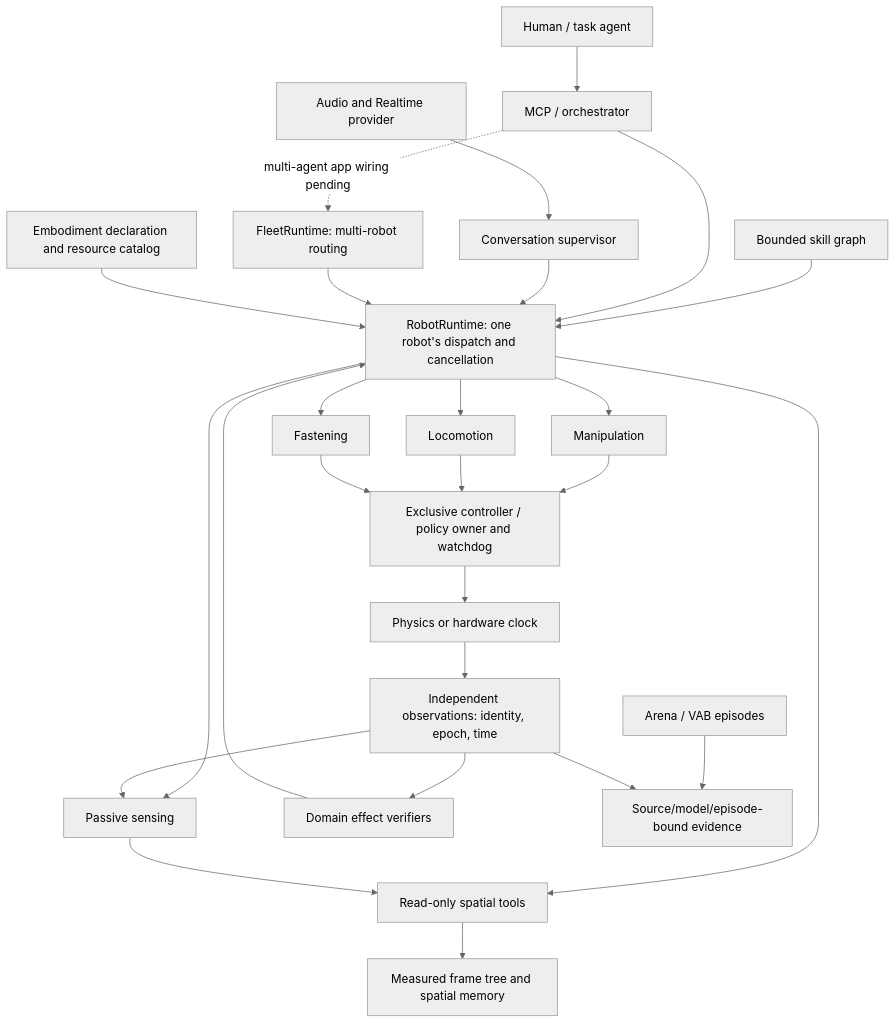
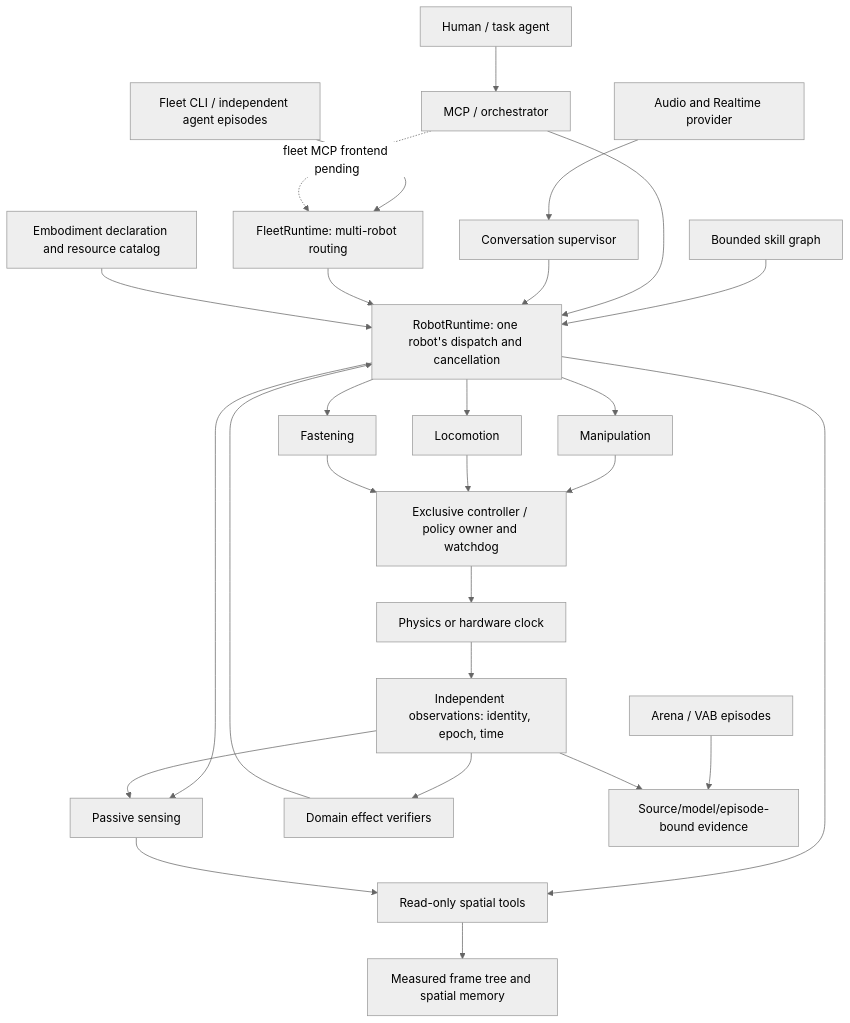
Before and after one commit to johnnynunez/cascade: the diagram in docs/ROBOT_MODULARITY.md, drawn with Mermaid (neutral theme). The commit also changed other lines of this file and 1 other file, not shown here.

Commit message:
docs: track the full remaining robot capability scope

````diff
--- a/docs/ROBOT_MODULARITY.md
+++ b/docs/ROBOT_MODULARITY.md
@@ -29,28 +29,29 @@
 ```mermaid
 flowchart TD
   Intent[Human / task agent] --> MCP[MCP / orchestrator]
   Voice[Audio and Realtime provider] --> Conversation[Conversation supervisor]
   Graph[Bounded skill graph] --> Runtime
   MCP --> Runtime[RobotRuntime: one robot's dispatch and cancellation]
   Conversation --> Runtime
-  MCP -. multi-agent app wiring pending .-> Fleet[FleetRuntime: multi-robot routing]
+  FleetCLI[Fleet CLI / independent agent episodes] --> Fleet[FleetRuntime: multi-robot routing]
+  MCP -. fleet MCP frontend pending .-> Fleet
   Fleet --> Runtime
   Structure[Embodiment declaration and resource catalog] --> Runtime
   Runtime --> Arm[Manipulation]
   Runtime --> Base[Locomotion]
   Runtime --> Fastening[Fastening]
   Runtime --> Sensors[Passive sensing]
   Runtime --> Spatial[Read-only spatial tools]
   Arm --> Control[Exclusive controller / policy owner and watchdog]
   Base --> Control
   Fastening --> Control
   Control --> Physics[Physics or hardware clock]
   Physics --> Evidence[Independent observations: identity, epoch, time]
   Evidence --> Sensors
   Sensors --> Spatial
   Spatial --> Frames[Measured frame tree and spatial memory]
   Evidence --> Verify[Domain effect verifiers]
   Verify --> Runtime
   Arena[Arena / VAB episodes] --> Gate[Source/model/episode-bound evidence]
   Evidence --> Gate
 ```
````
